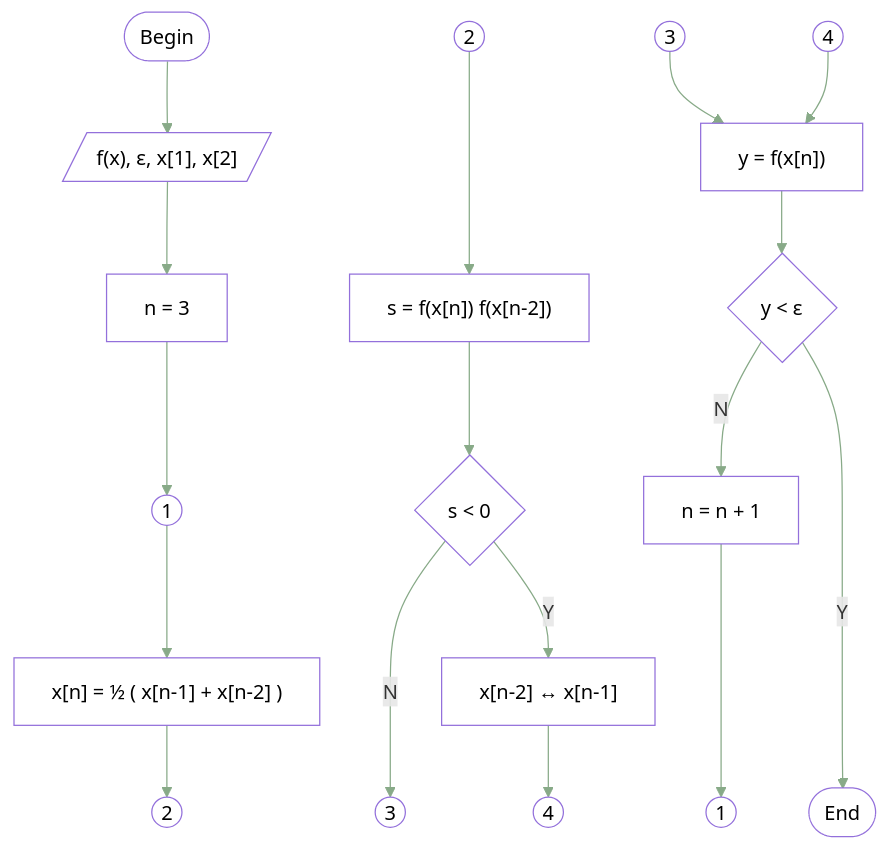
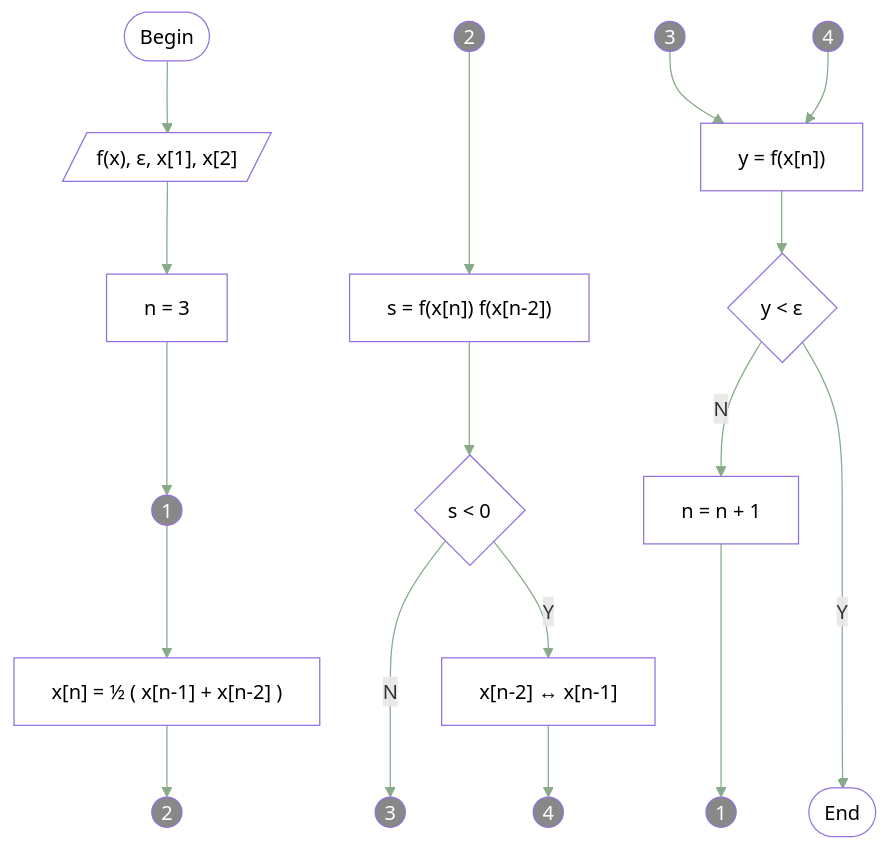
The diagram in content/notes/root-finding/bisection-method.md (dudung/plaintext), drawn with Mermaid before and after one commit.

```diff
--- a/content/notes/root-finding/bisection-method.md
+++ b/content/notes/root-finding/bisection-method.md
@@ -60,30 +60,30 @@
 {{< mermaid >}}
 flowchart TD
   B --> I --> P1 --> O1a --> P2 --> O2a
   O2b ---> P3 --> C1
   C1 --"N"---> O3a
   C1 --"Y"--> P4 --> O4a
   C2 --"N"--> P6 ---> O1b
   O3b & O4b --> P5 --> C2 --"Y"----> E
   C2{"y < &epsilon;"}
   C1{"s < 0"}
   P6["n = n + 1"]
   P5["y = f(x[n])"]
   P4["x[n-2] &harr; x[n-1]"]
   P3["s = f(x[n]) f(x[n-2])"]
   P2["x[n] = &half; ( x[n-1] + x[n-2] )"]
   P1["n = 3"]
   I[/"f(x), &epsilon;, x[1], x[2]"/]
   O4a(("4")); O4b(("4"));
   O3a(("3")); O3b(("3"));
   O2a(("2")); O2b(("2"));
   O1a(("1")); O1b(("1"));
   B(["Begin"])
   E(["End"])
   classDef style1 fill:none, color:inherit
-  classDef style2 fill:transparent, color:inherit
+  classDef style2 fill:#888, color:#fff
   class P1,P2,P3,P4,P5,P6 style1
   class C1,C2,B,E,I style1
   class O1a,O1b,O2a,O2b,O3a,O3b,O4a,O4b style2
   linkStyle default stroke:#8a8
 {{< /mermaid >}}
```
